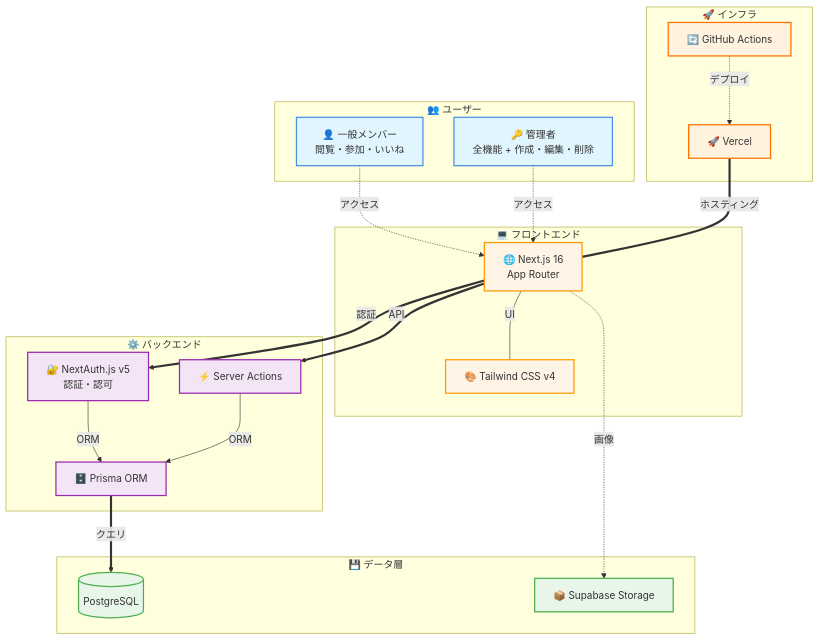
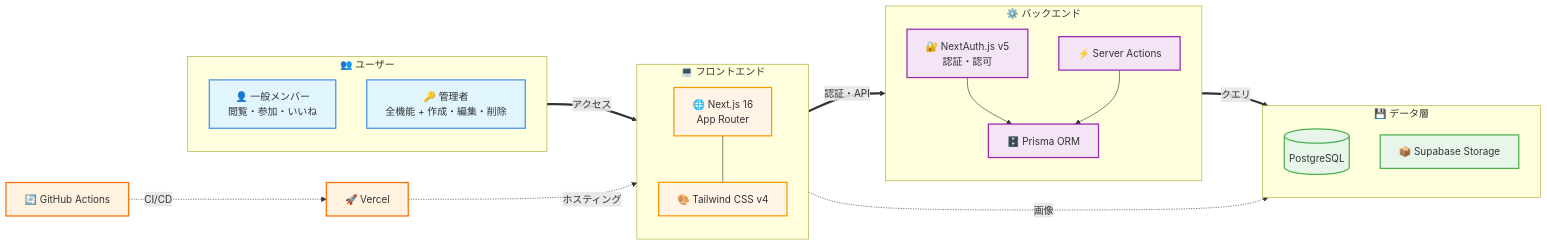
One commit to shuhei0720/keion-circle-site changed the first of 12 diagrams in README.md. Above: the diagram before and after it, drawn with Mermaid. The commit also changed other lines of this file, not shown here.

First line of the commit message:
docs: システム図のレイアウト改善

````diff
--- a/README.md
+++ b/README.md
@@ -40,52 +40,49 @@
 ```mermaid
-graph TB
+graph LR
     subgraph users["👥 ユーザー"]
         A[👤 一般メンバー<br/>閲覧・参加・いいね]
         B[🔑 管理者<br/>全機能 + 作成・編集・削除]
     end
     
     subgraph frontend["💻 フロントエンド"]
+        direction TB
         C[🌐 Next.js 16<br/>App Router]
         D[🎨 Tailwind CSS v4]
+        C --- D
     end
     
     subgraph backend["⚙️ バックエンド"]
+        direction TB
         E[🔐 NextAuth.js v5<br/>認証・認可]
         F[⚡ Server Actions]
         G[🗄️ Prisma ORM]
+        E --> G
+        F --> G
     end
     
     subgraph data["💾 データ層"]
+        direction TB
         H[(PostgreSQL)]
         I[📦 Supabase Storage]
     end
     
-    subgraph infra["🚀 インフラ"]
-        J[🚀 Vercel]
-        K[🔄 GitHub Actions]
-    end
+    users ==>|アクセス| frontend
+    frontend ==>|認証・API| backend
+    backend ==>|クエリ| data
+    frontend -.->|画像| I
     
-    A -.->|アクセス| C
-    B -.->|アクセス| C
-    C ---|UI| D
-    C ==>|認証| E
-    C ==>|API| F
-    E -->|ORM| G
-    F -->|ORM| G
-    G ==>|クエリ| H
-    C -.->|画像| I
-    J ===|ホスティング| C
-    K -.->|デプロイ| J
+    J[🚀 Vercel] -.->|ホスティング| frontend
+    K[🔄 GitHub Actions] -.->|CI/CD| J
     
     classDef userStyle fill:#e1f5ff,stroke:#4a90e2,stroke-width:2px
     classDef frontStyle fill:#fff4e6,stroke:#ff9800,stroke-width:2px
     classDef backStyle fill:#f3e5f5,stroke:#9c27b0,stroke-width:2px
     classDef dataStyle fill:#e8f5e9,stroke:#4caf50,stroke-width:2px
     classDef infraStyle fill:#fff3e0,stroke:#ff6f00,stroke-width:2px
     
     class A,B userStyle
     class C,D frontStyle
     class E,F,G backStyle
     class H,I dataStyle
     class J,K infraStyle
 ```
````
